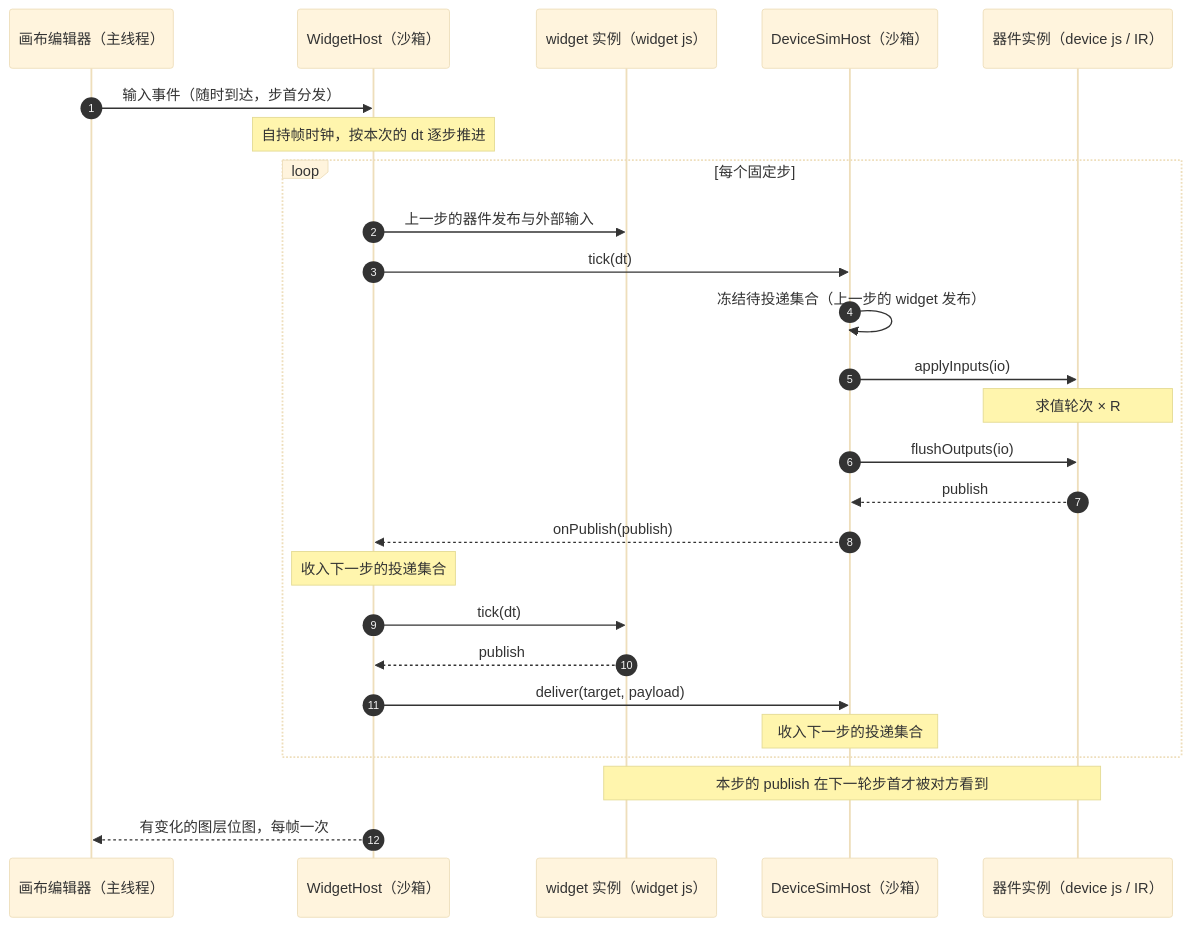
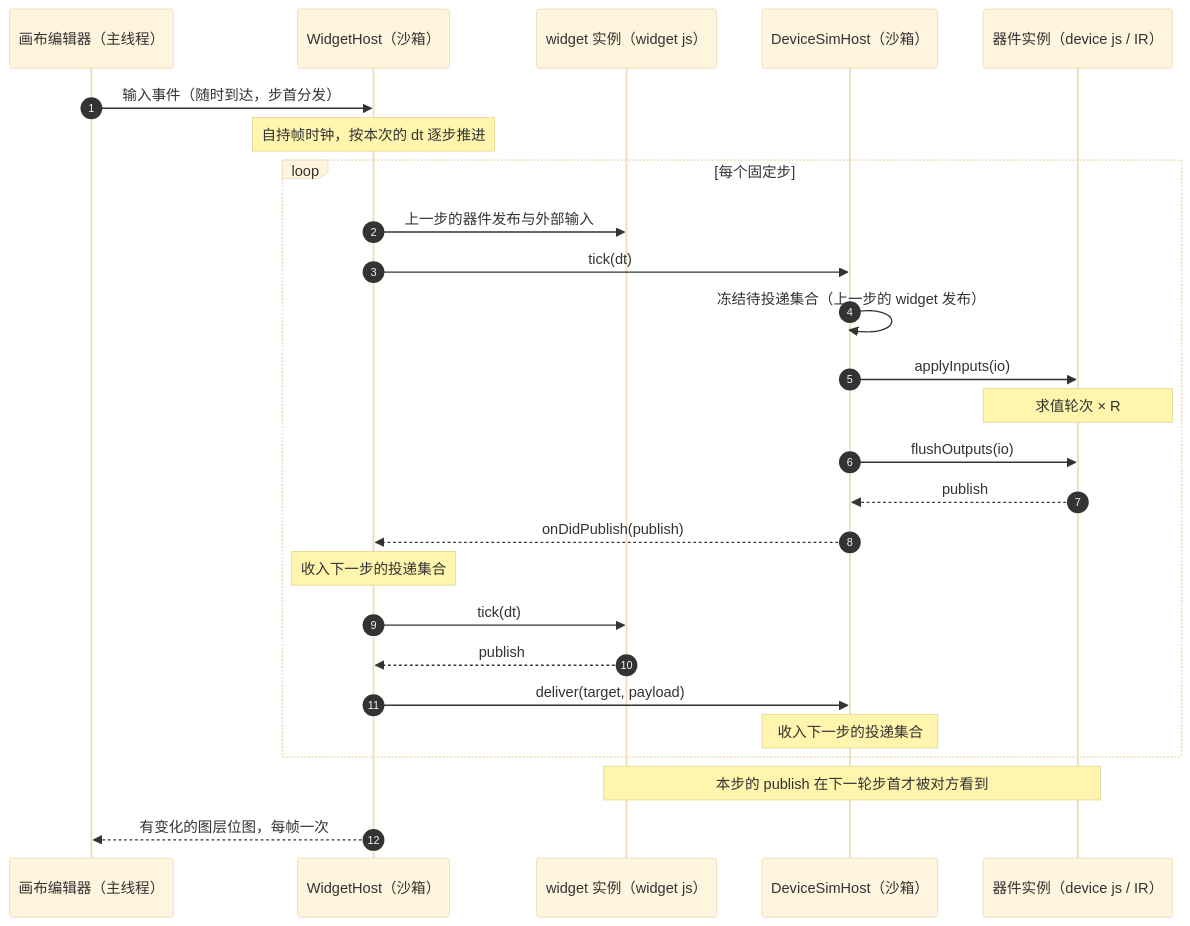
One commit to x-botlab/mica-js changed the diagram in docs/rfc/0018-canvas-runtime.md. Above: the diagram before and after it, drawn with Mermaid (base theme). The commit also changed other lines of this file and 1 other file, not shown here.

First line of the commit message:
docs(rfc): 事件统一为 onDidXXX，补 onDidChangeDocument 与 resize

````diff
--- a/docs/rfc/0018-canvas-runtime.md
+++ b/docs/rfc/0018-canvas-runtime.md
@@ -163,31 +167,31 @@
 ```mermaid
 sequenceDiagram
     autonumber
     participant E as 画布编辑器（主线程）
     participant WH as WidgetHost（沙箱）
     participant WJ as widget 实例（widget js）
     participant DS as DeviceSimHost（沙箱）
     participant DJ as 器件实例（device js / IR）
 
     E->>WH: 输入事件（随时到达，步首分发）
     Note over WH: 自持帧时钟，按本次的 dt 逐步推进
 
     loop 每个固定步
         WH->>WJ: 上一步的器件发布与外部输入
         WH->>DS: tick(dt)
         DS->>DS: 冻结待投递集合（上一步的 widget 发布）
         DS->>DJ: applyInputs(io)
         Note over DJ: 求值轮次 × R
         DS->>DJ: flushOutputs(io)
         DJ-->>DS: publish
-        DS-->>WH: onPublish(publish)
+        DS-->>WH: onDidPublish(publish)
         Note over WH: 收入下一步的投递集合
         WH->>WJ: tick(dt)
         WJ-->>WH: publish
         WH->>DS: deliver(target, payload)
         Note over DS: 收入下一步的投递集合
     end
 
     Note over WJ,DJ: 本步的 publish 在下一轮步首才被对方看到
     WH-->>E: 有变化的图层位图，每帧一次
 ```
````
